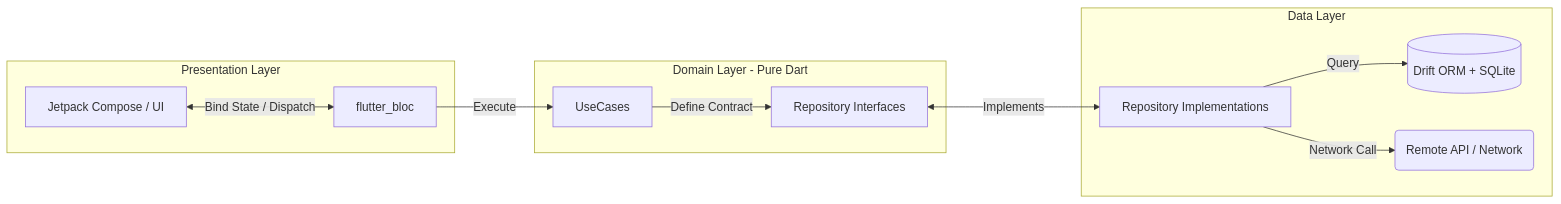
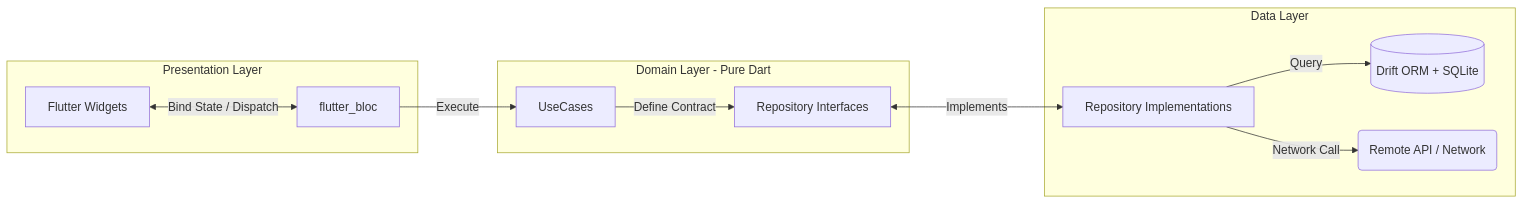
The diagram in docs/architecture.md (jeksonshar/CollabTasks), drawn with Mermaid before and after one commit. The commit also changed other lines of this file and 17 other files, not shown here.

````diff
--- a/docs/architecture.md
+++ b/docs/architecture.md
@@ -23,17 +26,17 @@
 ```mermaid
 graph LR
     subgraph UI_Layer [Presentation Layer]
-        UI[Jetpack Compose / UI] <-->|Bind State / Dispatch| Bloc[flutter_bloc]
+        UI[Flutter Widgets] <-->|Bind State / Dispatch| Bloc[flutter_bloc]
     end
 
     subgraph Domain_Layer [Domain Layer - Pure Dart]
         Bloc -->|Execute| UC[UseCases]
         UC -->|Define Contract| IR[Repository Interfaces]
     end
 
     subgraph Data_Layer [Data Layer]
         IR <-- Implements ---> Repo[Repository Implementations]
         Repo -->|Query| DB[(Drift ORM + SQLite)]
         Repo -->|Network Call| API(Remote API / Network)
     end
 ```
````
